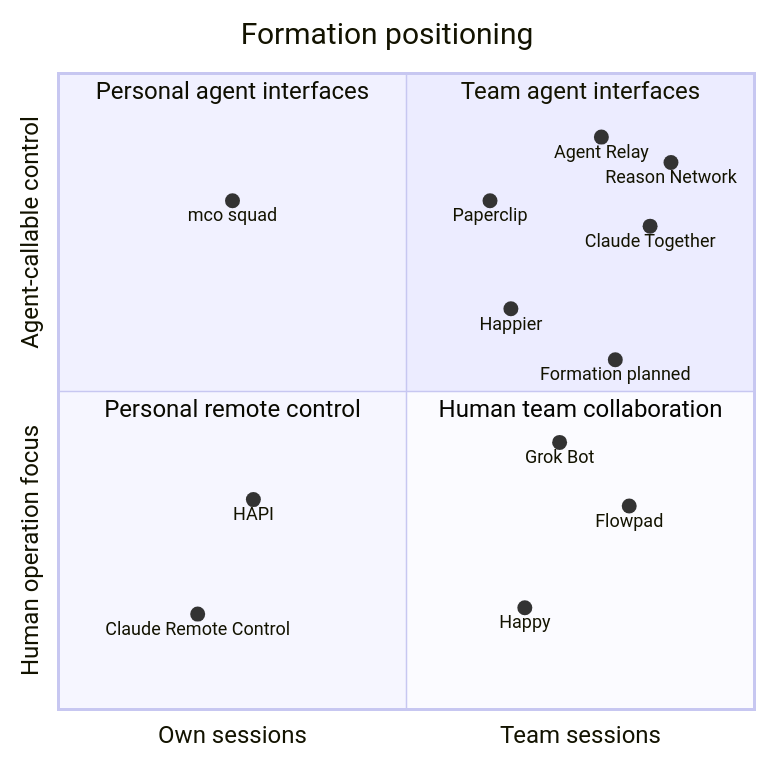
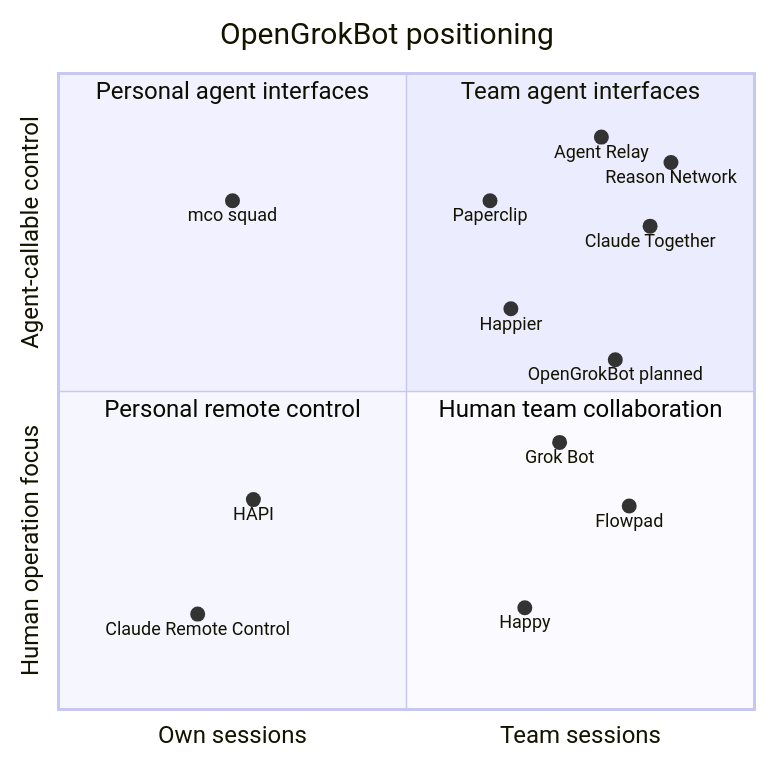
The diagram in documentations/competitive-landscape.md (callmejustdodo/OpenGrokBot), drawn with Mermaid before and after one commit. The commit also changed other lines of this file and 42 other files, not shown here.

First line of the commit message:
chore(brand): show the product as OpenGrokBot wherever users see its name (#142)

````diff
--- a/documentations/competitive-landscape.md
+++ b/documentations/competitive-landscape.md
@@ -34,22 +34,22 @@
 ```mermaid
 quadrantChart
-    title Formation positioning
+    title OpenGrokBot positioning
     x-axis Own sessions --> Team sessions
     y-axis Human operation focus --> Agent-callable control
     quadrant-1 Team agent interfaces
     quadrant-2 Personal agent interfaces
     quadrant-3 Personal remote control
     quadrant-4 Human team collaboration
     Agent Relay: [0.78, 0.90]
     Reason Network: [0.88, 0.86]
     Claude Together: [0.85, 0.76]
     Happier: [0.65, 0.63]
     Paperclip: [0.62, 0.80]
-    Formation planned: [0.80, 0.55]
+    OpenGrokBot planned: [0.80, 0.55]
     mco squad: [0.25, 0.80]
     Flowpad: [0.82, 0.32]
     Grok Bot: [0.72, 0.42]
     Happy: [0.67, 0.16]
     HAPI: [0.28, 0.33]
     Claude Remote Control: [0.20, 0.15]
 ```
````
